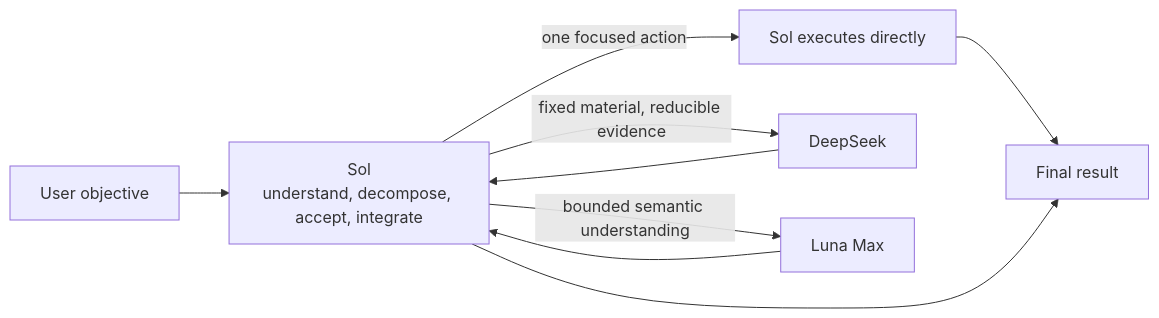
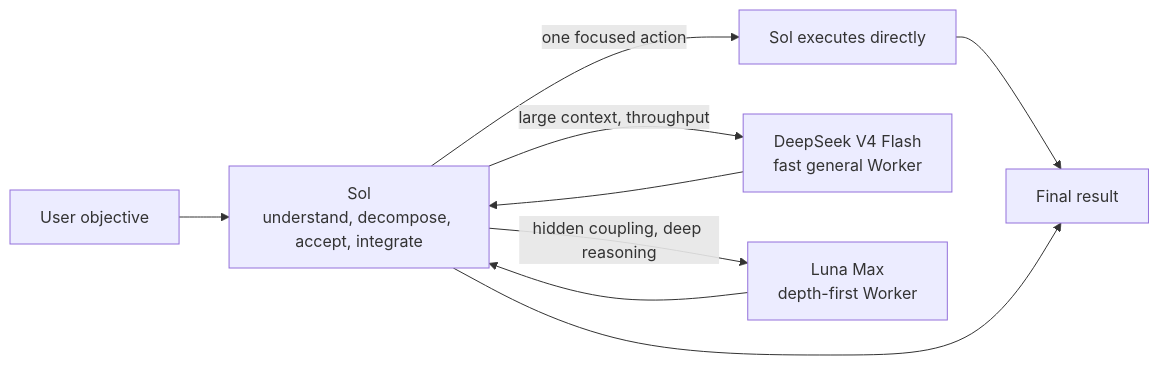
Before and after one commit to liuyejinghong/sol-worker-routing-codex: the diagram in README.en.md, drawn with Mermaid. The commit also changed other lines of this file and 10 other files, not shown here.

Commit message:
improve worker leases and DeepSeek routing

````diff
--- a/README.en.md
+++ b/README.en.md
@@ -49,11 +49,11 @@
 ```mermaid
 flowchart LR
     U["User objective"] --> S["Sol<br/>understand, decompose, accept, integrate"]
     S -->|"one focused action"| D["Sol executes directly"]
-    S -->|"fixed material, reducible evidence"| DS["DeepSeek"]
-    S -->|"bounded semantic understanding"| L["Luna Max"]
+    S -->|"large context, throughput"| DS["DeepSeek V4 Flash<br/>fast general Worker"]
+    S -->|"hidden coupling, deep reasoning"| L["Luna Max<br/>depth-first Worker"]
     D --> O["Final result"]
     DS --> S
     L --> S
     S --> O
 ```
````
